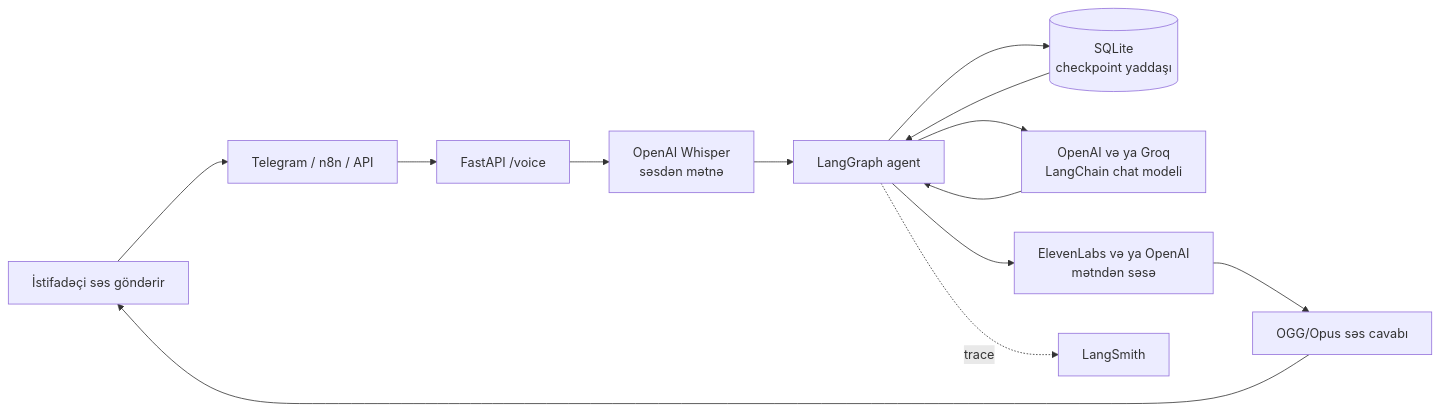
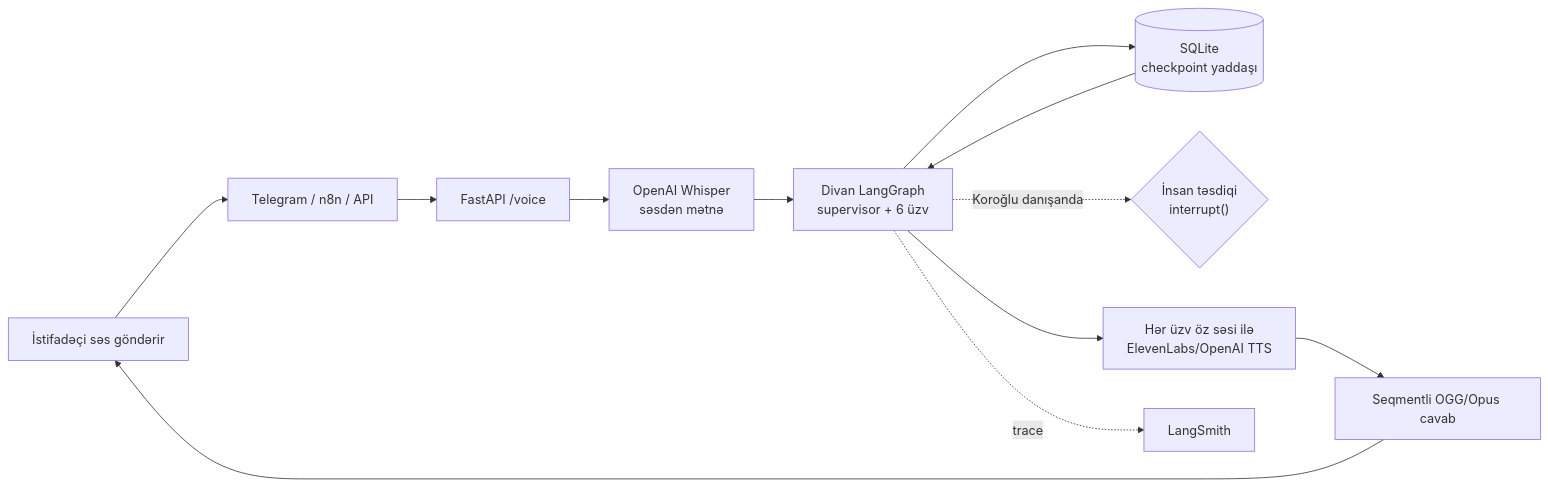
Before and after one commit to AlimAlirzayev/voice-ai-agent: the third of 4 diagrams in README.md, drawn with Mermaid. The commit also changed other lines of this file and 43 other files, not shown here.

````diff
--- a/README.md
+++ b/README.md
@@ -13,15 +174,14 @@
 ```mermaid
 flowchart LR
     USER["İstifadəçi səs göndərir"] --> CHANNEL["Telegram / n8n / API"]
     CHANNEL --> API["FastAPI /voice"]
     API --> STT["OpenAI Whisper<br/>səsdən mətnə"]
-    STT --> GRAPH["LangGraph agent"]
+    STT --> GRAPH["Divan LangGraph<br/>supervisor + 6 üzv"]
     GRAPH --> MEMORY[("SQLite<br/>checkpoint yaddaşı")]
     MEMORY --> GRAPH
-    GRAPH --> LLM["OpenAI və ya Groq<br/>LangChain chat modeli"]
-    LLM --> GRAPH
-    GRAPH --> TTS["ElevenLabs və ya OpenAI<br/>mətndən səsə"]
-    TTS --> REPLY["OGG/Opus səs cavabı"]
+    GRAPH -. "Koroğlu danışanda" .-> HITL{"İnsan təsdiqi<br/>interrupt()"}
+    GRAPH --> TTS["Hər üzv öz səsi ilə<br/>ElevenLabs/OpenAI TTS"]
+    TTS --> REPLY["Seqmentli OGG/Opus cavab"]
     REPLY --> USER
     GRAPH -. trace .-> SMITH["LangSmith"]
 ```
````
